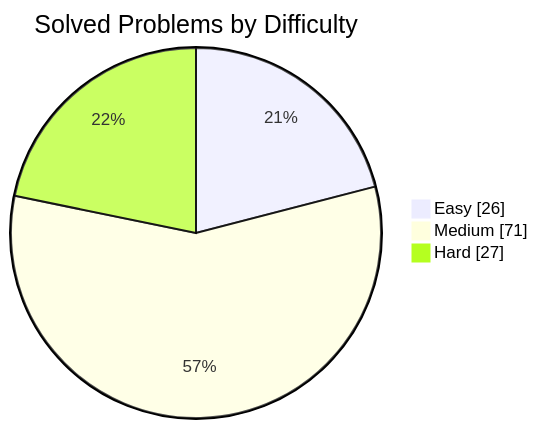
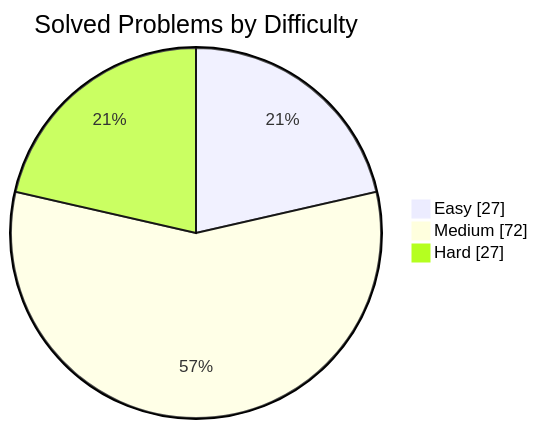
One commit to manikantbindass/DSA-Preparation-FAANG changed the first of 2 diagrams in README.md. Above: the diagram before and after it, drawn with Mermaid. The commit also changed other lines of this file, not shown here.

````diff
--- a/README.md
+++ b/README.md
@@ -38,7 +38,7 @@
 ```mermaid
 pie showData
     title Solved Problems by Difficulty
-    "Easy" : 26
-    "Medium" : 71
+    "Easy" : 27
+    "Medium" : 72
     "Hard" : 27
 ```
````
